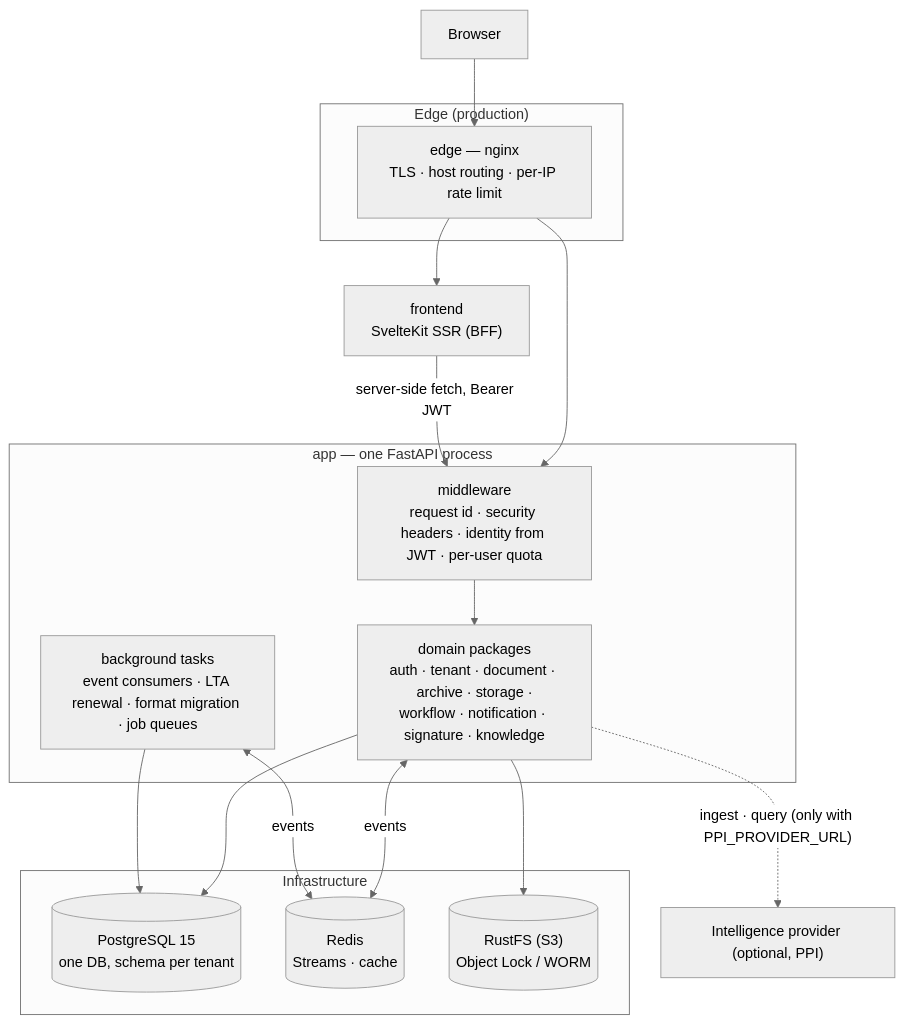
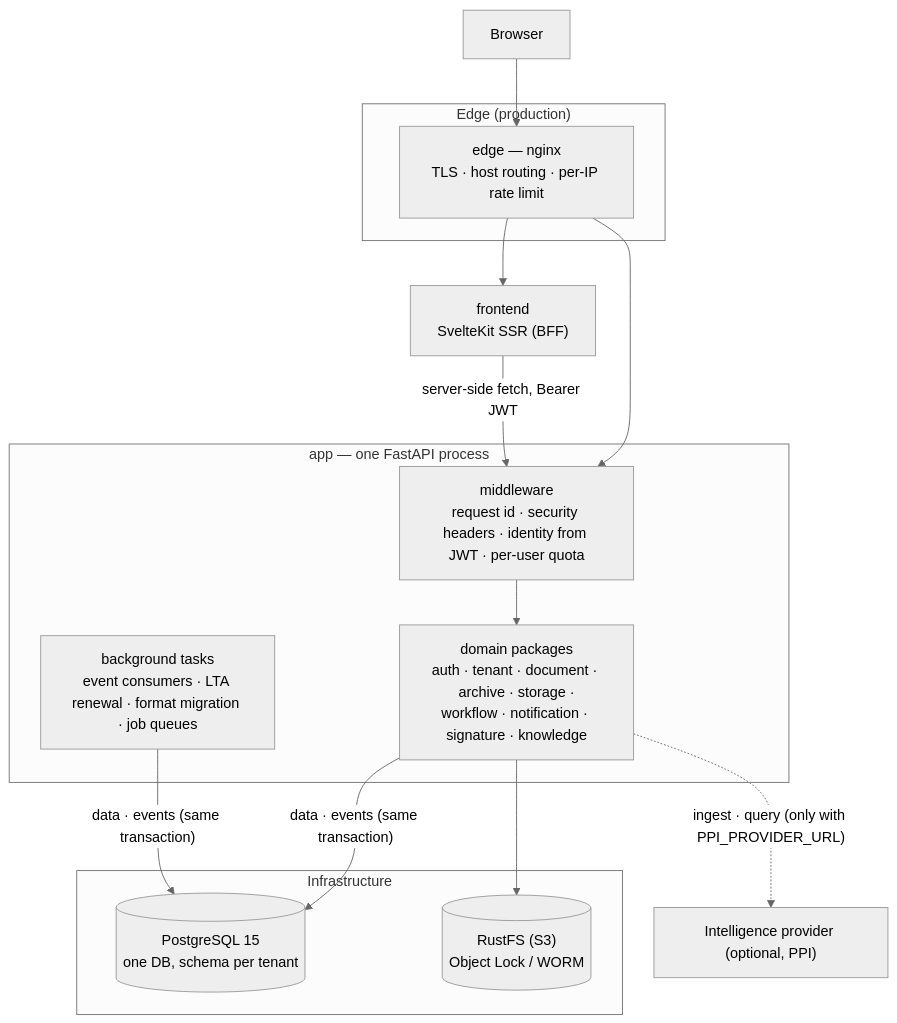
Before and after one commit to camilo1rp/docuboto: the first of 5 diagrams in ARCHITECTURE.md, drawn with Mermaid (neutral theme). The commit also changed other lines of this file and 41 other files, not shown here.

````diff
--- a/ARCHITECTURE.md
+++ b/ARCHITECTURE.md
@@ -26,32 +26,30 @@
 ```mermaid
 graph TB
     Browser["Browser"]
     PPI["Intelligence provider (optional, PPI)"]
 
     subgraph edge["Edge (production)"]
         NGINX["edge — nginx<br/>TLS · host routing · per-IP rate limit"]
     end
 
     FE["frontend<br/>SvelteKit SSR (BFF)"]
 
     subgraph app["app — one FastAPI process"]
         MW["middleware<br/>request id · security headers · identity from JWT · per-user quota"]
         DOM["domain packages<br/>auth · tenant · document · archive · storage ·<br/>workflow · notification · signature · knowledge"]
         BG["background tasks<br/>event consumers · LTA renewal · format migration · job queues"]
         MW --> DOM
     end
 
     subgraph infra["Infrastructure"]
         PG[("PostgreSQL 15<br/>one DB, schema per tenant")]
-        RD[("Redis<br/>Streams · cache")]
         S3[("RustFS (S3)<br/>Object Lock / WORM")]
     end
 
     Browser --> NGINX --> FE
     NGINX --> MW
     FE -->|server-side fetch, Bearer JWT| MW
     DOM -.->|"ingest · query (only with PPI_PROVIDER_URL)"| PPI
-    DOM & BG <-->|events| RD
-    DOM & BG --> PG
+    DOM & BG -->|"data · events (same transaction)"| PG
     DOM --> S3
 ```
````
